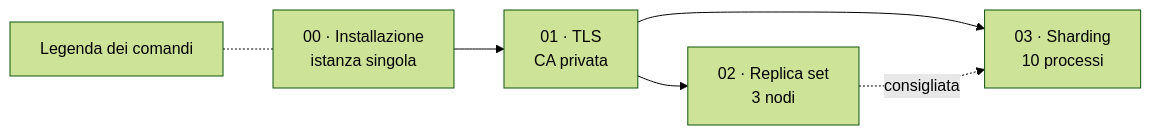
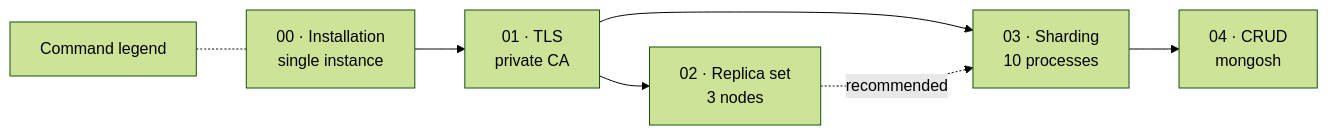
One commit to lucacacciamani/mongo-db changed the diagram in README.md. Above: the diagram before and after it, drawn with Mermaid (forest theme). The commit also changed other lines of this file and 31 other files, not shown here.

First line of the commit message:
feat(crud): CRUD with mongosh + guides split into docs/ita and docs/eng (#2)

````diff
--- a/README.md
+++ b/README.md
@@ -46,8 +51,9 @@
 ```mermaid
 flowchart LR
-    G00["00 · Installazione<br/>istanza singola"] --> G01["01 · TLS<br/>CA privata"]
-    G01 --> G02["02 · Replica set<br/>3 nodi"]
-    G01 --> G03["03 · Sharding<br/>10 processi"]
-    G02 -. "consigliata" .-> G03
-    LEG["Legenda dei comandi"] -.- G00
+    G00["00 · Installation<br/>single instance"] --> G01["01 · TLS<br/>private CA"]
+    G01 --> G02["02 · Replica set<br/>3 nodes"]
+    G01 --> G03["03 · Sharding<br/>10 processes"]
+    G02 -. "recommended" .-> G03
+    G03 --> G04["04 · CRUD<br/>mongosh"]
+    LEG["Command legend"] -.- G00
 ```
````
